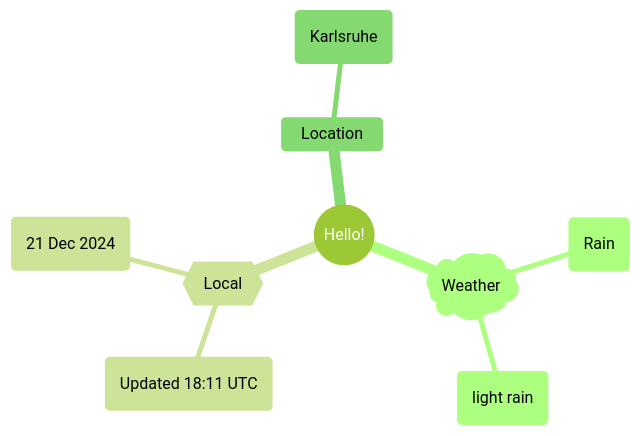
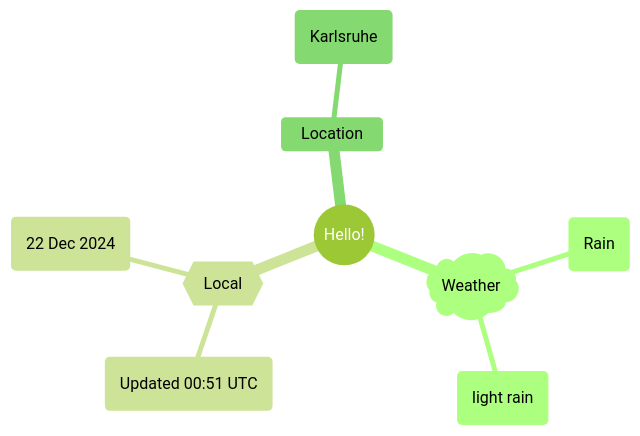
The first of 2 diagrams in README.md (Xosrov/Xosrov), drawn with Mermaid (forest theme) before and after one commit.

Commit message:
[bot] updated images

````diff
--- a/README.md
+++ b/README.md
@@ -3,12 +3,12 @@
 ```mermaid
 mindmap
   root((Hello!))
     )Weather(
         (Rain)
         (light rain)
     {{Local}}
-        (Updated 18:11 UTC)
-        (21 Dec 2024)
+        (Updated 00:51 UTC)
+        (22 Dec 2024)
     Location
         (Karlsruhe)
 ```
````
